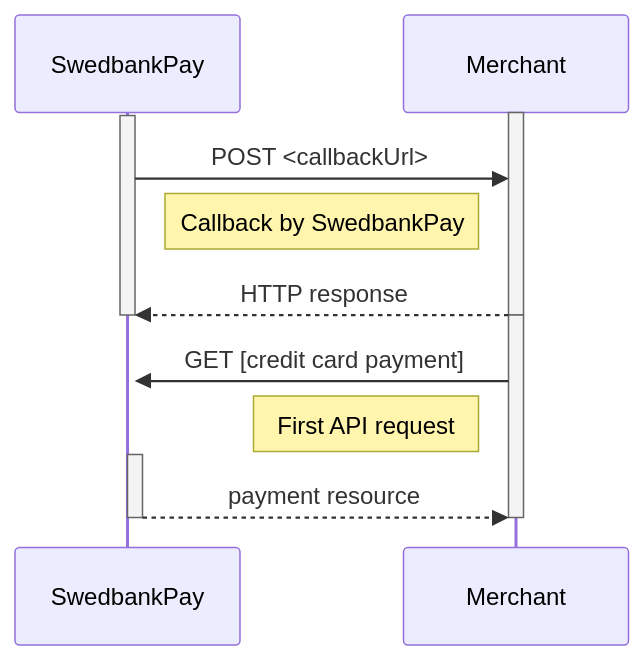
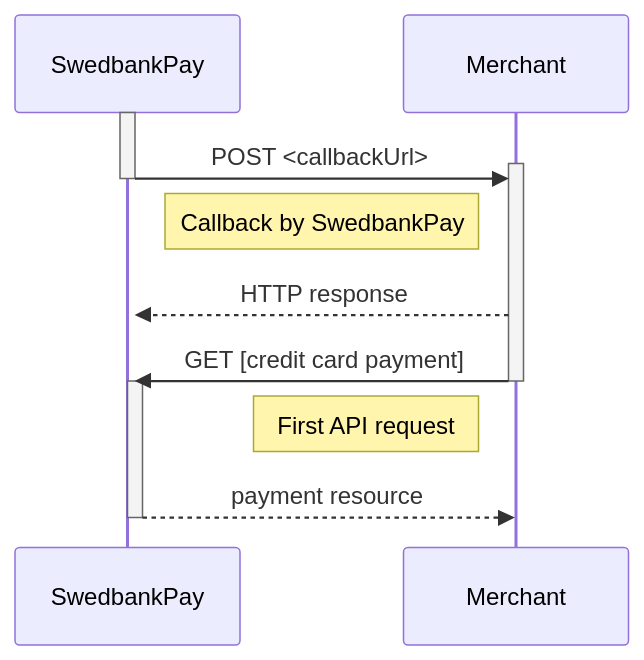
One commit to SwedbankPay/developer.swedbankpay.com changed the fourth of 10 diagrams in payments/credit-card/after-payment.md. Above: the diagram before and after it, drawn with Mermaid. The commit also changed other lines of this file, not shown here.

Commit message:
DX-406 added descriptions of properties, fixed sequence diagrams, added code fences, typo fix, and added links

````diff
--- a/payments/credit-card/after-payment.md
+++ b/payments/credit-card/after-payment.md
@@ -607,19 +696,13 @@
 ```mermaid
 sequenceDiagram
-  activate Merchant
   activate SwedbankPay
-  SwedbankPay->>Merchant: POST <callbackUrl>
+  SwedbankPay->>+Merchant: POST <callbackUrl>
+  deactivate SwedbankPay
   note left of Merchant: Callback by SwedbankPay
-  Merchant-->>SwedbankPay: HTTP response
-  deactivate SwedbankPay
+  Merchant-->>+SwedbankPay: HTTP response
+  Merchant->>+SwedbankPay: GET [credit card payment]
   deactivate Merchant
-
-  activate Merchant
-  activate SwedbankPay
-  Merchant->>SwedbankPay: GET [credit card payment]
   note left of Merchant: First API request
-  activate SwedbankPay
   SwedbankPay-->>Merchant: payment resource
   deactivate SwedbankPay
-  deactivate Merchant
 ```
````
